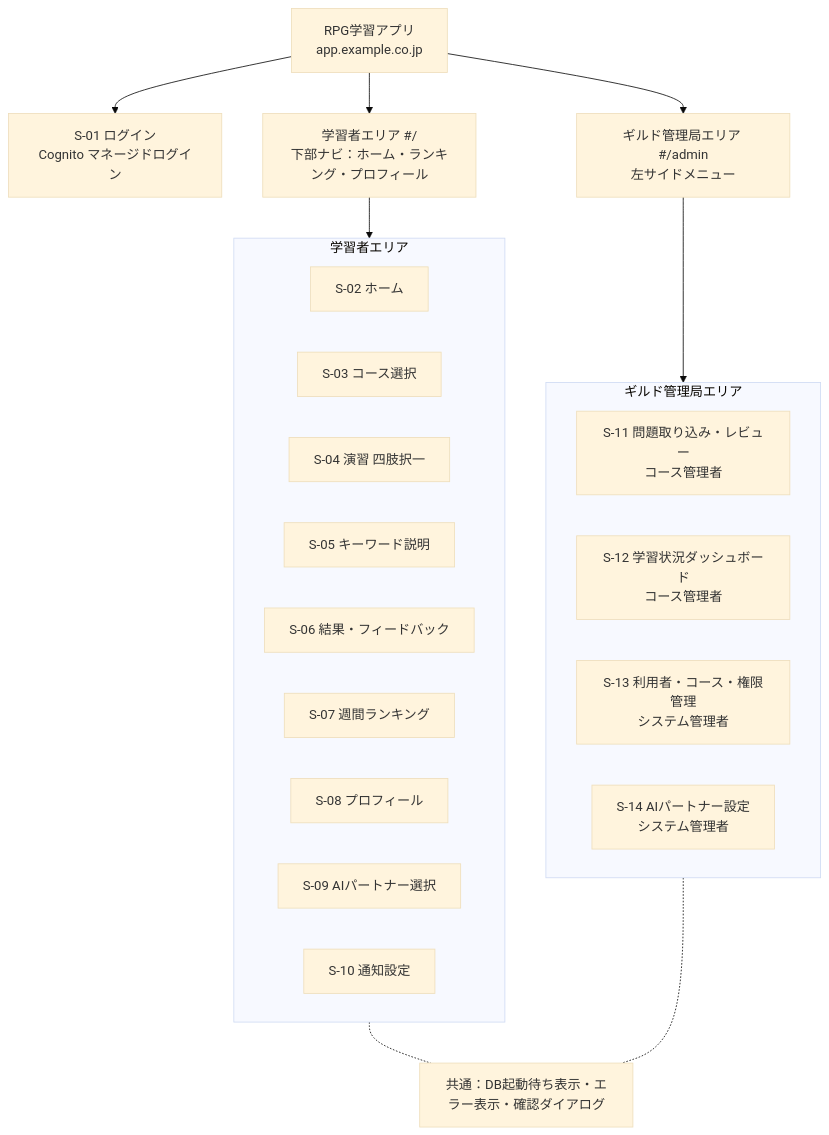
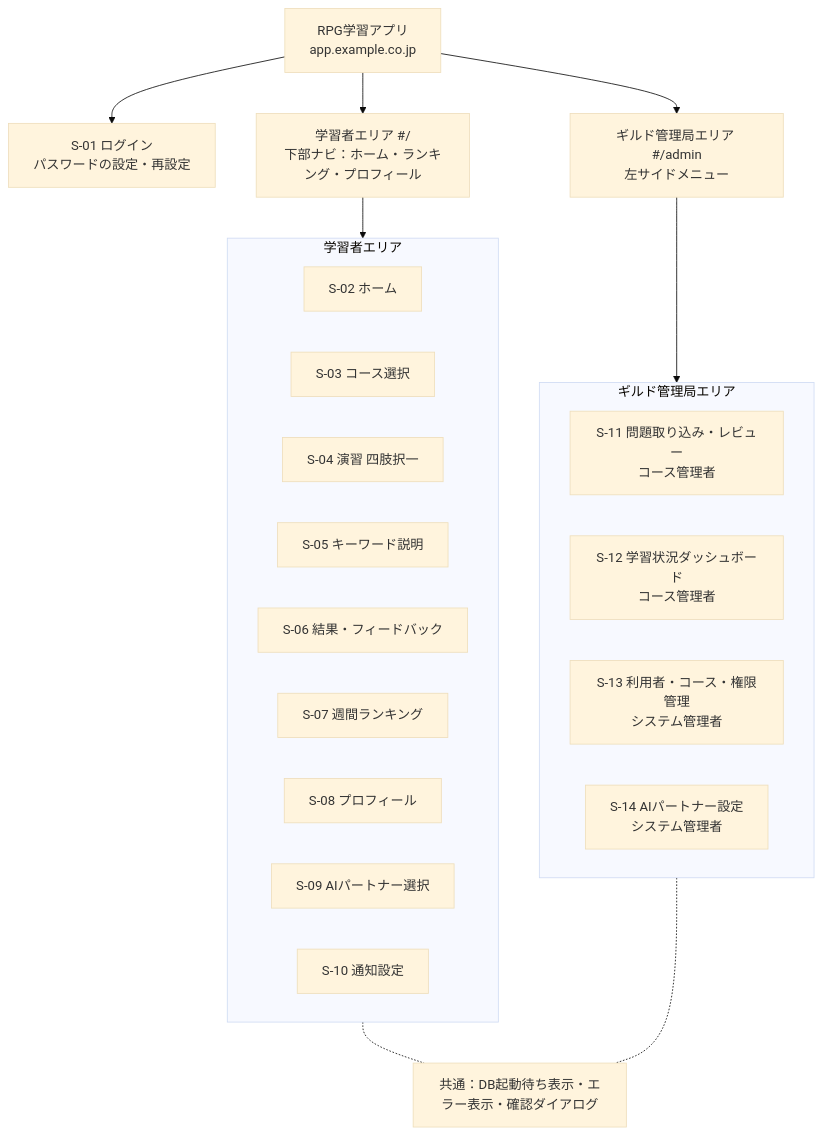
The fourth of 13 diagrams in documents/外部設計書_RPG学習アプリ.md (pocarialice/rpglearning), drawn with Mermaid (base theme) before and after one commit. The commit also changed other lines of this file and 1 other file, not shown here.

````diff
--- a/documents/外部設計書_RPG学習アプリ.md
+++ b/documents/外部設計書_RPG学習アプリ.md
@@ -333,29 +289,29 @@
 ```mermaid
 flowchart TB
   ROOT["RPG学習アプリ<br>app.example.co.jp"]
-  ROOT --> AUTH["S-01 ログイン<br>Cognito マネージドログイン"]
+  ROOT --> AUTH["S-01 ログイン<br>パスワードの設定・再設定"]
   ROOT --> L["学習者エリア #/<br>下部ナビ：ホーム・ランキング・プロフィール"]
   ROOT --> A["ギルド管理局エリア #/admin<br>左サイドメニュー"]
   subgraph LEARN["学習者エリア"]
     S02["S-02 ホーム"]
     S03["S-03 コース選択"]
     S04["S-04 演習 四肢択一"]
     S05["S-05 キーワード説明"]
     S06["S-06 結果・フィードバック"]
     S07["S-07 週間ランキング"]
     S08["S-08 プロフィール"]
     S09["S-09 AIパートナー選択"]
     S10["S-10 通知設定"]
   end
   subgraph ADMIN["ギルド管理局エリア"]
     S11["S-11 問題取り込み・レビュー<br>コース管理者"]
     S12["S-12 学習状況ダッシュボード<br>コース管理者"]
     S13["S-13 利用者・コース・権限管理<br>システム管理者"]
     S14["S-14 AIパートナー設定<br>システム管理者"]
   end
   L --> LEARN
   A --> ADMIN
   COMMON["共通：DB起動待ち表示・エラー表示・確認ダイアログ"]
   LEARN -.- COMMON
   ADMIN -.- COMMON
 ```
````
